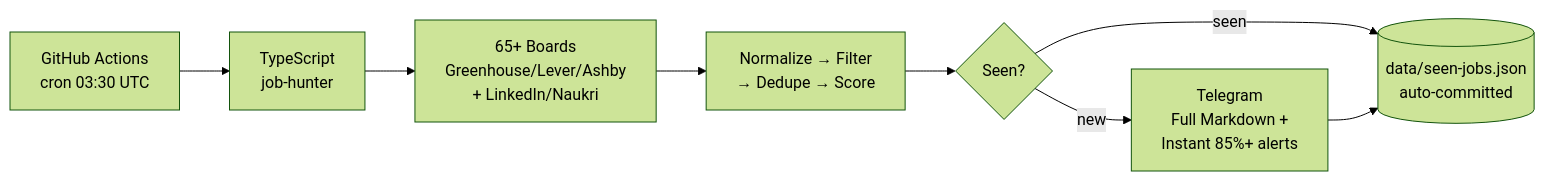
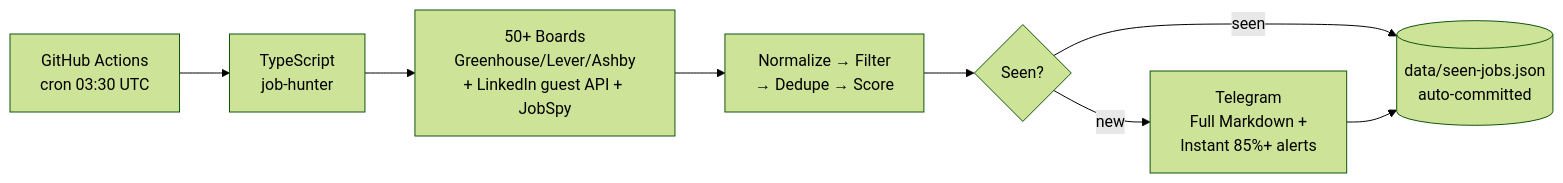
The diagram in README.md (do29wdn/job-hunt), drawn with Mermaid (forest theme) before and after one commit. The commit also changed other lines of this file and 34 other files, not shown here.

````diff
--- a/README.md
+++ b/README.md
@@ -26,10 +27,10 @@
 ```mermaid
 flowchart LR
   A[GitHub Actions<br/>cron 03:30 UTC] --> B[TypeScript<br/>job-hunter]
-  B --> C[65+ Boards<br/>Greenhouse/Lever/Ashby<br/>+ LinkedIn/Naukri]
+  B --> C[50+ Boards<br/>Greenhouse/Lever/Ashby<br/>+ LinkedIn guest API + JobSpy]
   C --> D[Normalize → Filter<br/>→ Dedupe → Score]
   D --> E{Seen?}
   E -- new --> F[Telegram<br/>Full Markdown +<br/>Instant 85%+ alerts]
   E -- seen --> G[(data/seen-jobs.json<br/>auto-committed)]
   F --> G
 ```
````
